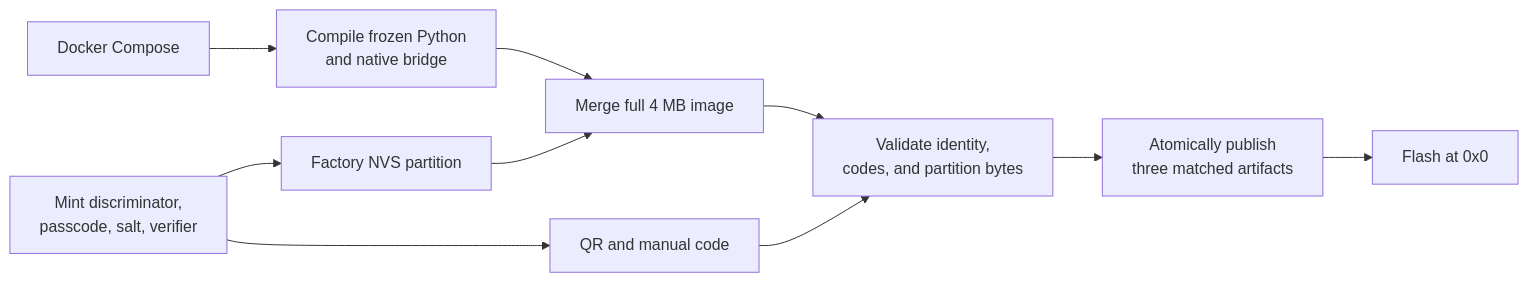
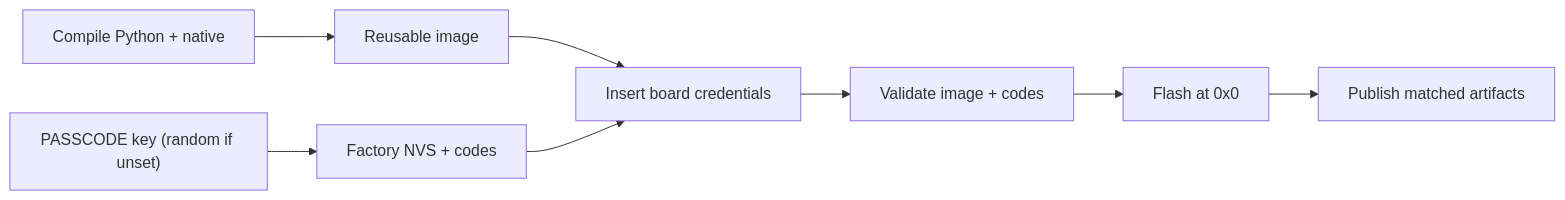
One commit to khlam/micropython-boardfarm changed the third of 3 diagrams in projects/matter-radar-sensor/README.md. Above: the diagram before and after it, drawn with Mermaid. The commit also changed other lines of this file and 13 other files, not shown here.

````diff
--- a/projects/matter-radar-sensor/README.md
+++ b/projects/matter-radar-sensor/README.md
@@ -329,19 +157,9 @@
 ```mermaid
 flowchart LR
-    compose["Docker Compose"]
-    compile["Compile frozen Python<br/>and native bridge"]
-    credentials["Mint discriminator,<br/>passcode, salt, verifier"]
-    nvs["Factory NVS partition"]
-    codes["QR and manual code"]
-    merge["Merge full 4 MB image"]
-    validate["Validate identity,<br/>codes, and partition bytes"]
-    publish["Atomically publish<br/>three matched artifacts"]
-    flash["Flash at 0x0"]
-
-    compose --> compile --> merge
-    credentials --> nvs --> merge
-    credentials --> codes
-    merge --> validate
-    codes --> validate
-    validate --> publish --> flash
+    compile["Compile Python + native"] --> image["Reusable image"]
+    key["PASSCODE key (random if unset)"] --> credentials["Factory NVS + codes"]
+    image --> merge["Insert board credentials"]
+    credentials --> merge
+    merge --> validate["Validate image + codes"] --> flash["Flash at 0x0"]
+    flash --> publish["Publish matched artifacts"]
 ```
````
